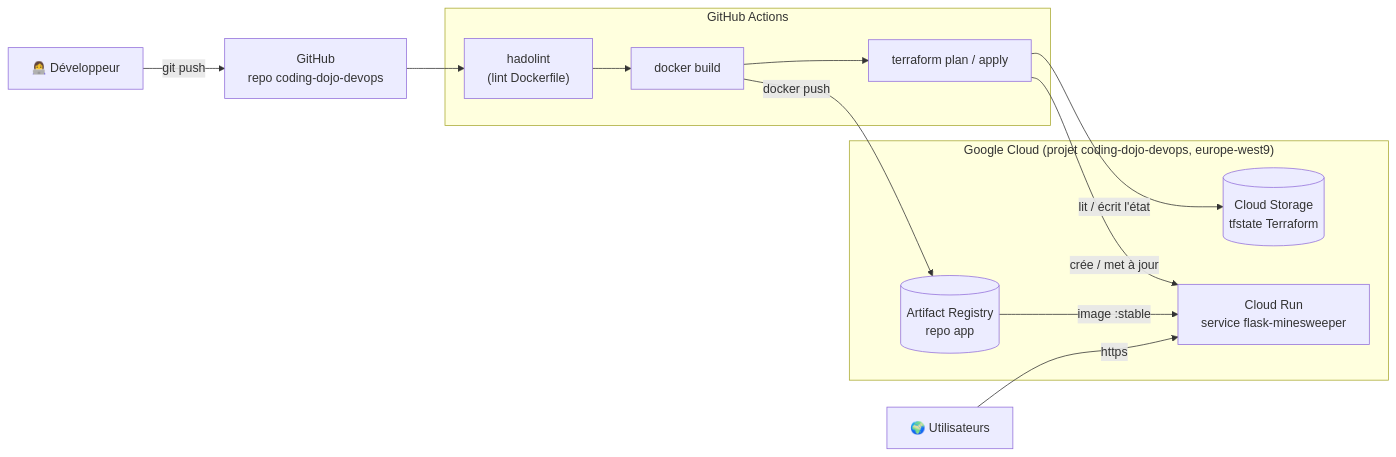
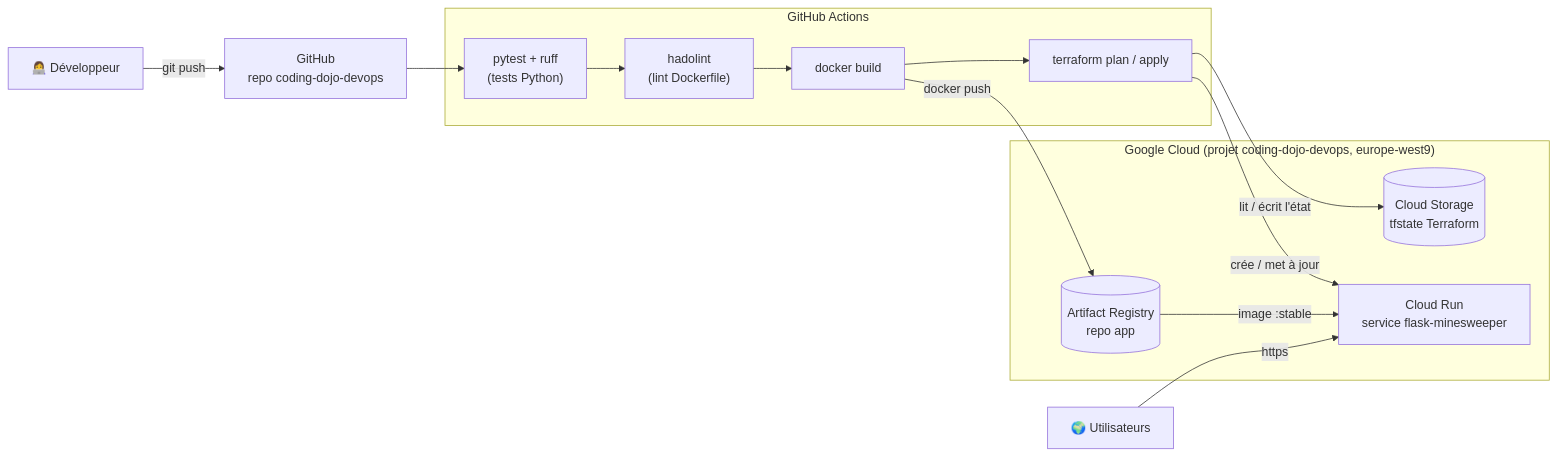
One commit to antoninBr/coding-dojo-devops changed the first of 2 diagrams in README.md. Above: the diagram before and after it, drawn with Mermaid. The commit also changed other lines of this file and 11 other files, not shown here.

First line of the commit message:
Fix minesweeper bugs, redesign UI and add Python test stage

````diff
--- a/README.md
+++ b/README.md
@@ -17,23 +26,24 @@
 ```mermaid
 flowchart LR
     dev["👩‍💻 Développeur"] -- git push --> gh["GitHub<br/>repo coding-dojo-devops"]
 
     subgraph ci["GitHub Actions"]
-        lint["hadolint<br/>(lint Dockerfile)"] --> build["docker build"]
+        test["pytest + ruff<br/>(tests Python)"] --> lint["hadolint<br/>(lint Dockerfile)"]
+        lint --> build["docker build"]
         build --> tf["terraform plan / apply"]
     end
 
-    gh --> lint
+    gh --> test
 
     subgraph gcp["Google Cloud (projet coding-dojo-devops, europe-west9)"]
         ar[("Artifact Registry<br/>repo app")]
         state[("Cloud Storage<br/>tfstate Terraform")]
         run["Cloud Run<br/>service flask-minesweeper"]
     end
 
     build -- docker push --> ar
     tf -- lit / écrit l'état --> state
     tf -- crée / met à jour --> run
     ar -- image :stable --> run
     user["🌍 Utilisateurs"] -- https --> run
 ```
````
